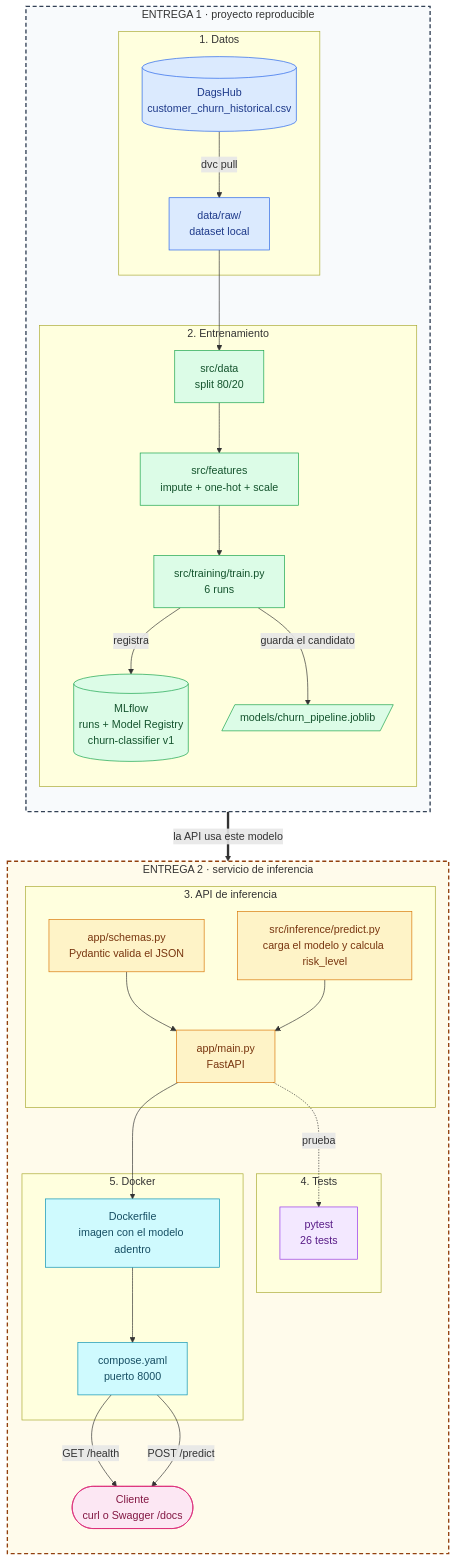
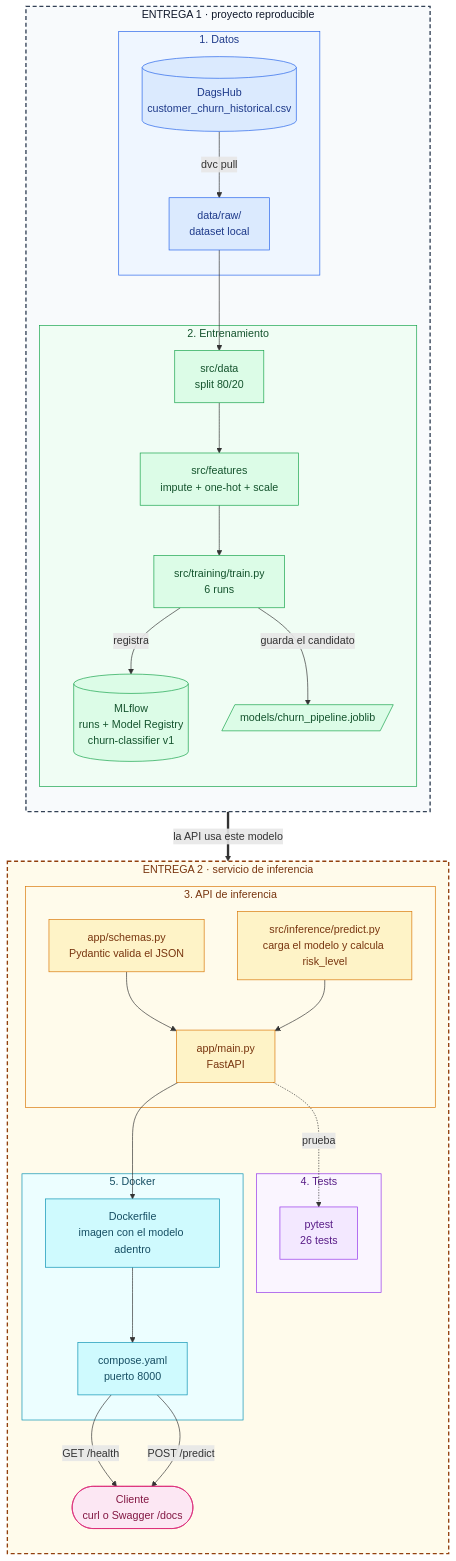
One commit to javi2481/customer-churn-ml-j-a changed the diagram in README.md. Above: the diagram before and after it, drawn with Mermaid.

Commit message:
docs: mejorar contraste de los titulos del diagrama en tema oscuro

````diff
--- a/README.md
+++ b/README.md
@@ -20,67 +20,72 @@
 ```mermaid
 flowchart TD
     subgraph E1["ENTREGA 1 · proyecto reproducible"]
         direction TB
         subgraph DATOS["1. Datos"]
             A[("DagsHub<br/>customer_churn_historical.csv")]
             B["data/raw/<br/>dataset local"]
         end
 
         subgraph ENTRENAMIENTO["2. Entrenamiento"]
             C["src/data<br/>split 80/20"]
             D["src/features<br/>impute + one-hot + scale"]
             E["src/training/train.py<br/>6 runs"]
             F[("MLflow<br/>runs + Model Registry<br/>churn-classifier v1")]
             G[/"models/churn_pipeline.joblib"/]
         end
     end
 
     subgraph E2["ENTREGA 2 · servicio de inferencia"]
         direction TB
         subgraph API["3. API de inferencia"]
             H["src/inference/predict.py<br/>carga el modelo y calcula risk_level"]
             I["app/schemas.py<br/>Pydantic valida el JSON"]
             J["app/main.py<br/>FastAPI"]
         end
 
         subgraph TESTS["4. Tests"]
             K["pytest<br/>26 tests"]
         end
 
         subgraph DOCKER["5. Docker"]
             L["Dockerfile<br/>imagen con el modelo adentro"]
             M["compose.yaml<br/>puerto 8000"]
         end
 
         N(["Cliente<br/>curl o Swagger /docs"])
     end
 
     A -->|dvc pull| B
     B --> C --> D --> E
     E -->|registra| F
     E -->|guarda el candidato| G
     G ==>|la API usa este modelo| H
     I --> J
     H --> J
     J -.->|prueba| K
     J --> L --> M
     M -->|GET /health| N
     M -->|POST /predict| N
 
     classDef datos fill:#dbeafe,stroke:#2563eb,color:#1e3a8a
     classDef train fill:#dcfce7,stroke:#16a34a,color:#14532d
     classDef api fill:#fef3c7,stroke:#d97706,color:#78350f
     classDef tests fill:#f3e8ff,stroke:#9333ea,color:#581c87
     classDef docker fill:#cffafe,stroke:#0891b2,color:#164e63
     classDef cliente fill:#fce7f3,stroke:#db2777,color:#831843
 
     class A,B datos
     class C,D,E,F,G train
     class H,I,J api
     class K tests
     class L,M docker
     class N cliente
 
-    style E1 fill:#f8fafc,stroke:#334155,stroke-width:2px,stroke-dasharray:6 4
-    style E2 fill:#fffbeb,stroke:#92400e,stroke-width:2px,stroke-dasharray:6 4
+    style E1 fill:#f8fafc,stroke:#334155,stroke-width:2px,stroke-dasharray:6 4,color:#0f172a
+    style E2 fill:#fffbeb,stroke:#92400e,stroke-width:2px,stroke-dasharray:6 4,color:#78350f
+    style DATOS fill:#eff6ff,stroke:#2563eb,color:#1e3a8a
+    style ENTRENAMIENTO fill:#f0fdf4,stroke:#16a34a,color:#14532d
+    style API fill:#fffbeb,stroke:#d97706,color:#78350f
+    style TESTS fill:#faf5ff,stroke:#9333ea,color:#581c87
+    style DOCKER fill:#ecfeff,stroke:#0891b2,color:#164e63
 ```
````
